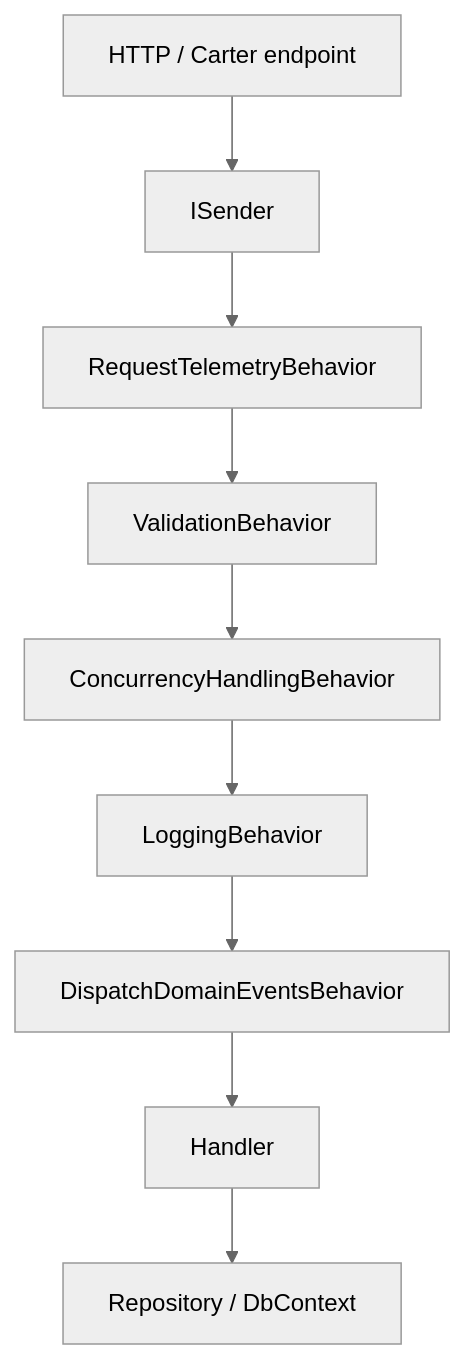
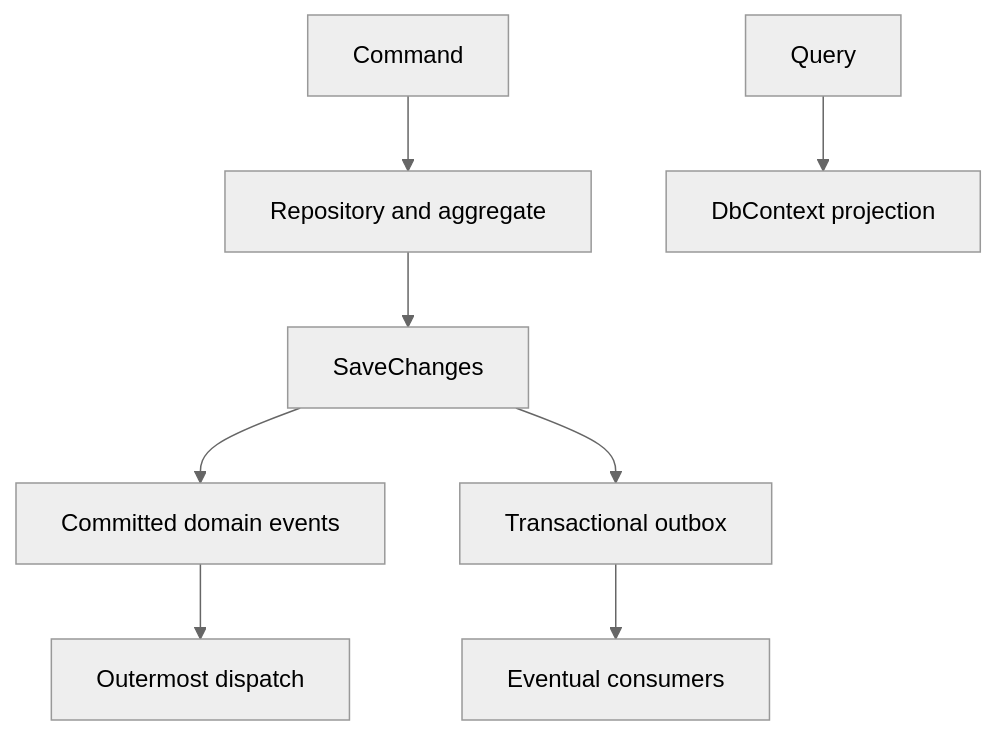
One commit to mhasabalah/StarterKit changed the diagram in wiki/Architecture/DesignPatterns.md. Above: the diagram before and after it, drawn with Mermaid (neutral theme). The commit also changed other lines of this file and 13 other files, not shown here.

First line of the commit message:
docs: senior-level rewrite of Start here and Architecture pages (G25 T4a)

````diff
--- a/wiki/Architecture/DesignPatterns.md
+++ b/wiki/Architecture/DesignPatterns.md
@@ -81,11 +66,10 @@
 ```mermaid
 flowchart TB
-  A[HTTP / Carter endpoint] --> S[ISender]
-  S --> T[RequestTelemetryBehavior]
-  T --> V[ValidationBehavior]
-  V --> C[ConcurrencyHandlingBehavior]
-  C --> L[LoggingBehavior]
-  L --> D[DispatchDomainEventsBehavior]
-  D --> H[Handler]
-  H --> DB[Repository / DbContext]
+  C[Command] --> R[Repository and aggregate]
+  Q[Query] --> D[DbContext projection]
+  R --> S[SaveChanges]
+  S --> E[Committed domain events]
+  E --> P[Outermost dispatch]
+  S --> O[Transactional outbox]
+  O --> B[Eventual consumers]
 ```
````
